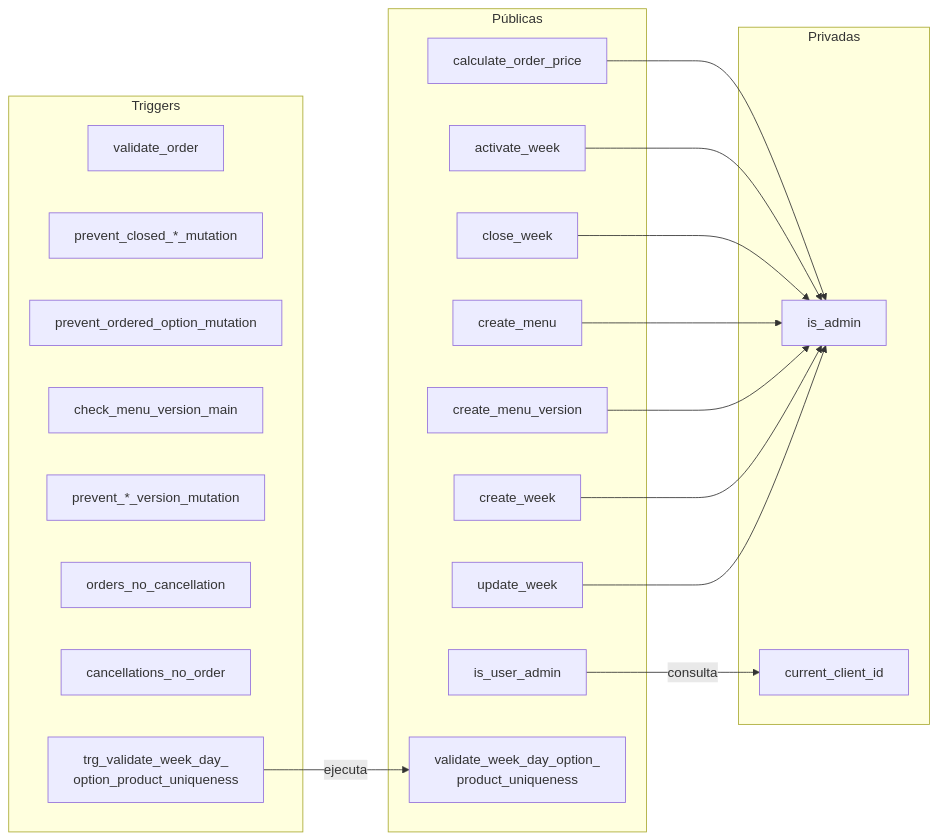
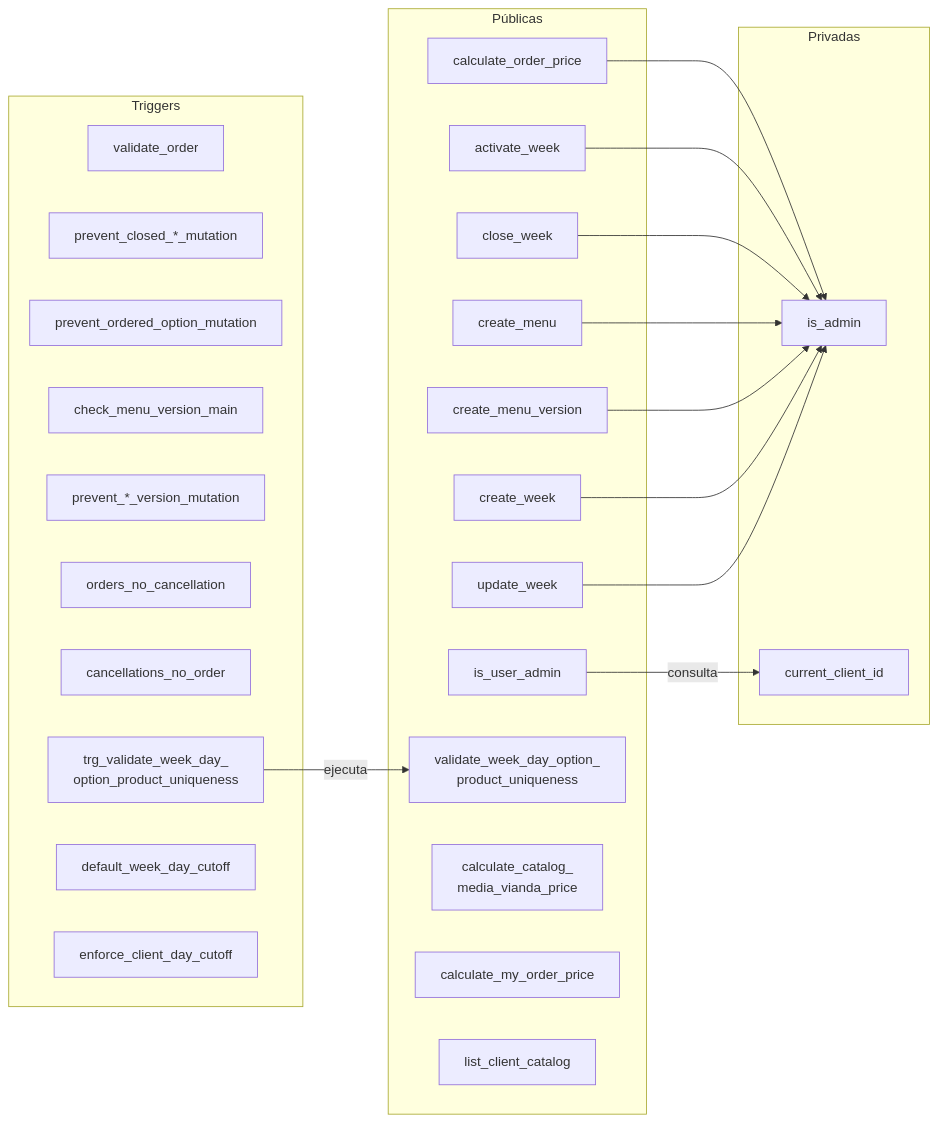
The fifth of 8 diagrams in docs/arquitectura.md (Franc0-L/Todo-Artesanal-Legacy), drawn with Mermaid before and after one commit. The commit also changed other lines of this file and 24 other files, not shown here.

````diff
--- a/docs/arquitectura.md
+++ b/docs/arquitectura.md
@@ -167,40 +168,45 @@
 ```mermaid
 flowchart LR
     subgraph Públicas
         A1[calculate_order_price]
         A2[activate_week]
         A3[close_week]
         A4[create_menu]
         A5[create_menu_version]
         A6[create_week]
         A7[update_week]
         A8[is_user_admin]
         A9[validate_week_day_option_<br/>product_uniqueness]
+        A10[calculate_catalog_<br/>media_vianda_price]
+        A11[calculate_my_order_price]
+        A12[list_client_catalog]
     end
 
     subgraph Privadas
         B1[is_admin]
         B2[current_client_id]
     end
 
     subgraph Triggers
         C1[validate_order]
         C2[prevent_closed_*_mutation]
         C3[prevent_ordered_option_mutation]
         C4[check_menu_version_main]
         C5[prevent_*_version_mutation]
         C6[orders_no_cancellation]
         C7[cancellations_no_order]
         C8[trg_validate_week_day_<br/>option_product_uniqueness]
+        C9[default_week_day_cutoff]
+        C10[enforce_client_day_cutoff]
     end
 
     A1 --> B1
     A2 --> B1
     A3 --> B1
     A4 --> B1
     A5 --> B1
     A6 --> B1
     A7 --> B1
     A8 -->|consulta| B2
     C8 -->|ejecuta| A9
 ```
````
